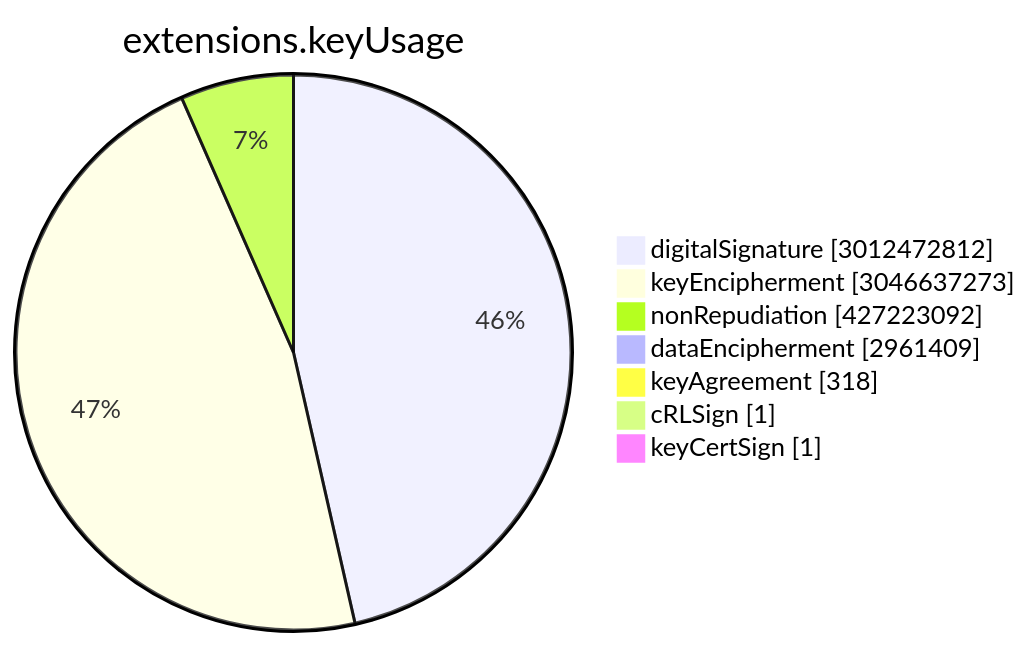
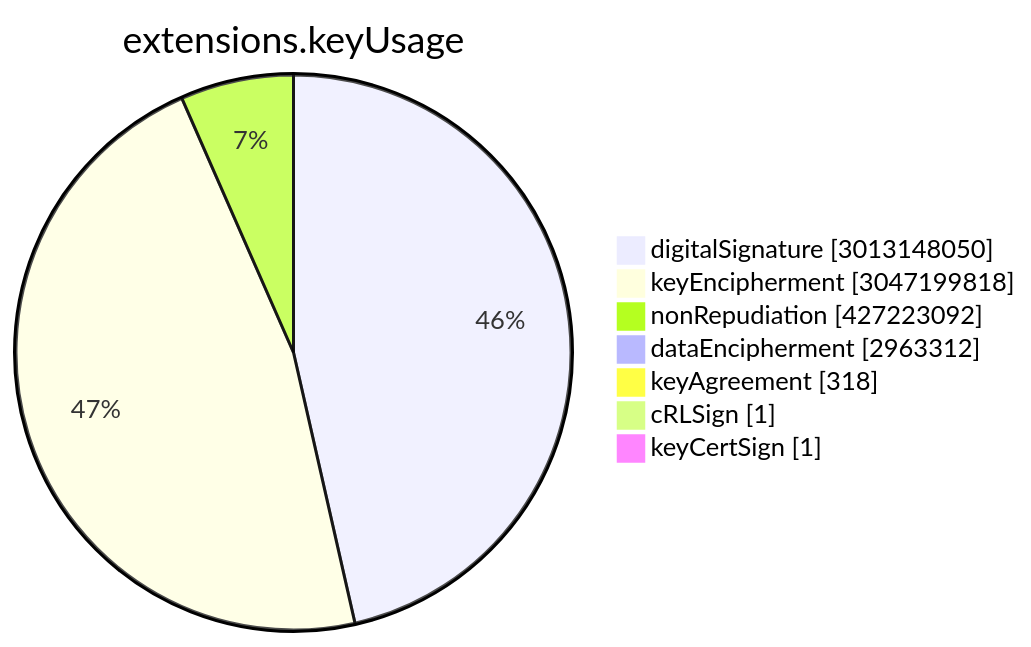
One commit to christiankrug/ctmonitor_visualization changed the sixth of 15 diagrams in TOTAL/README.md. Above: the diagram before and after it, drawn with Mermaid. The commit also changed other lines of this file, not shown here.

````diff
--- a/TOTAL/README.md
+++ b/TOTAL/README.md
@@ -3075,11 +3075,11 @@
 ```mermaid
 pie showData
 title extensions.keyUsage
-"digitalSignature" :3012472812
-"keyEncipherment" :3046637273
+"digitalSignature" :3013148050
+"keyEncipherment" :3047199818
 "nonRepudiation" :427223092
-"dataEncipherment" :2961409
+"dataEncipherment" :2963312
 "keyAgreement" :318
 "cRLSign" :1
 "keyCertSign" :1
 ```
````
